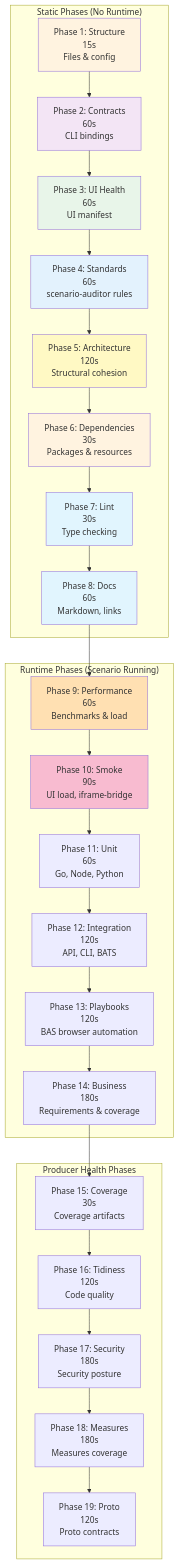
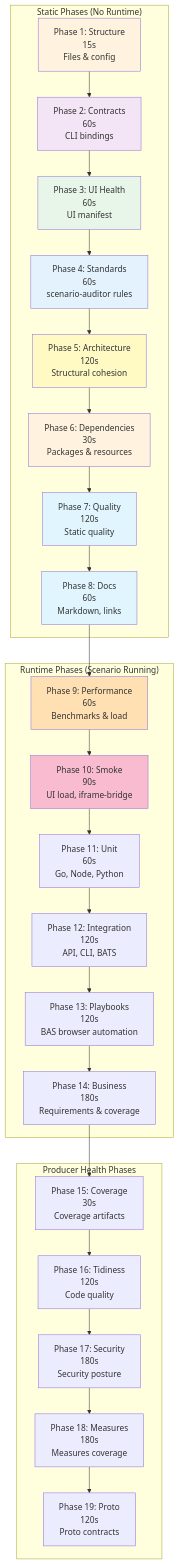
Before and after one commit to Vrooli/Vrooli: the diagram in scenarios/test-genie/docs/guides/phased-testing.md, drawn with Mermaid. The commit also changed other lines of this file and 88 other files, not shown here.

````diff
--- a/scenarios/test-genie/docs/guides/phased-testing.md
+++ b/scenarios/test-genie/docs/guides/phased-testing.md
@@ -11,43 +11,43 @@
 ```mermaid
 graph TB
     subgraph "Static Phases (No Runtime)"
         P1[Phase 1: Structure<br/>15s<br/>Files & config]
         P2[Phase 2: Contracts<br/>60s<br/>CLI bindings]
         P3[Phase 3: UI Health<br/>60s<br/>UI manifest]
         P4[Phase 4: Standards<br/>60s<br/>scenario-auditor rules]
         P5[Phase 5: Architecture<br/>120s<br/>Structural cohesion]
         P6[Phase 6: Dependencies<br/>30s<br/>Packages & resources]
-        P7[Phase 7: Lint<br/>30s<br/>Type checking]
+        P7[Phase 7: Quality<br/>120s<br/>Static quality]
         P8[Phase 8: Docs<br/>60s<br/>Markdown, links]
     end
 
     subgraph "Runtime Phases (Scenario Running)"
         P9[Phase 9: Performance<br/>60s<br/>Benchmarks & load]
         P10[Phase 10: Smoke<br/>90s<br/>UI load, iframe-bridge]
         P11[Phase 11: Unit<br/>60s<br/>Go, Node, Python]
         P12[Phase 12: Integration<br/>120s<br/>API, CLI, BATS]
         P13[Phase 13: Playbooks<br/>120s<br/>BAS browser automation]
         P14[Phase 14: Business<br/>180s<br/>Requirements & coverage]
     end
 
     subgraph "Producer Health Phases"
         P15[Phase 15: Coverage<br/>30s<br/>Coverage artifacts]
         P16[Phase 16: Tidiness<br/>120s<br/>Code quality]
         P17[Phase 17: Security<br/>180s<br/>Security posture]
         P18[Phase 18: Measures<br/>180s<br/>Measures coverage]
         P19[Phase 19: Proto<br/>120s<br/>Proto contracts]
     end
 
     P1 --> P2 --> P3 --> P4 --> P5 --> P6 --> P7 --> P8 --> P9 --> P10 --> P11 --> P12 --> P13 --> P14 --> P15 --> P16 --> P17 --> P18 --> P19
 
     style P1 fill:#fff3e0
     style P2 fill:#f3e5f5
     style P3 fill:#e8f5e9
     style P4 fill:#e3f2fd
     style P5 fill:#fff9c4
     style P6 fill:#fff3e0
     style P7 fill:#e1f5fe
     style P8 fill:#e1f5fe
     style P9 fill:#ffe0b2
     style P10 fill:#f8bbd0
 ```
````
